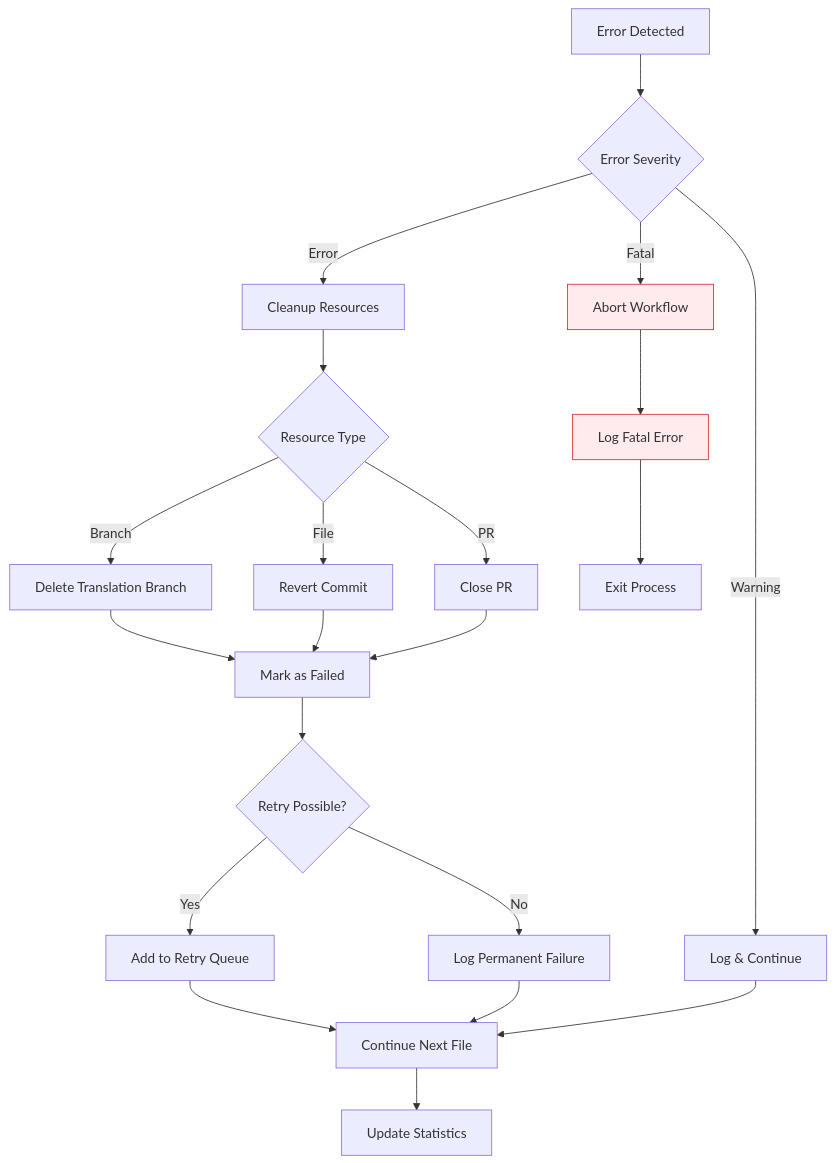
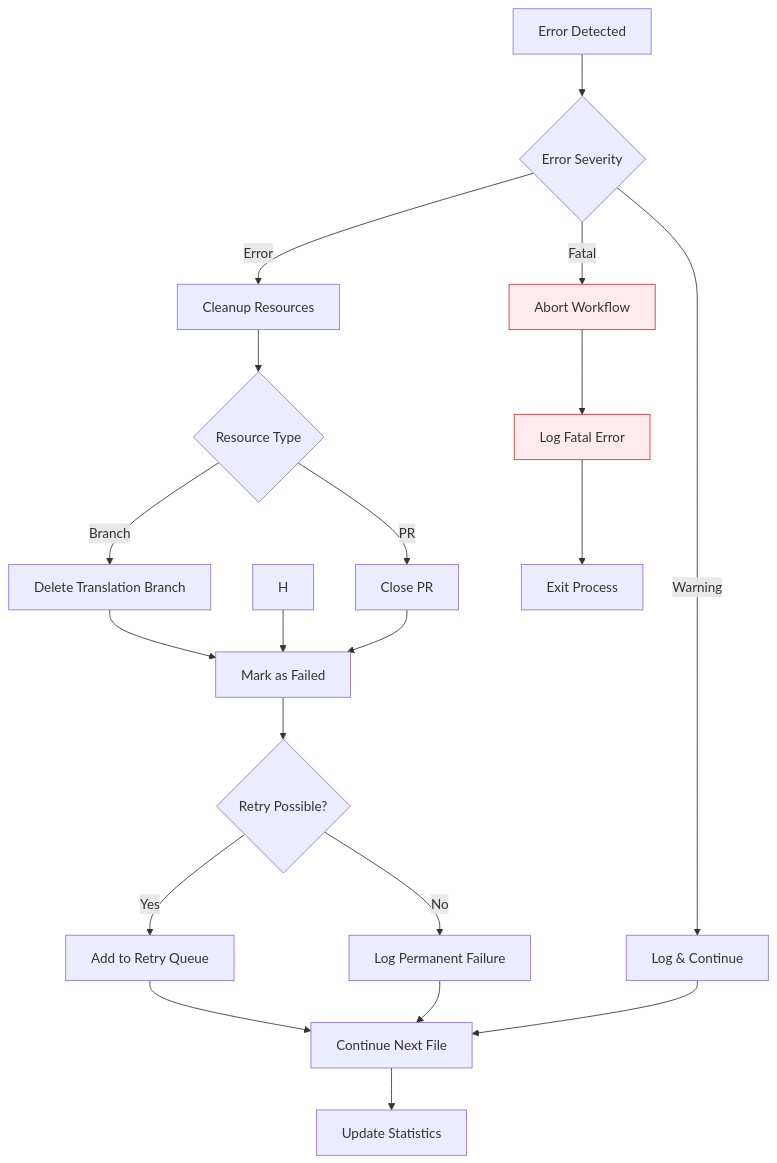
One commit to NivaldoFarias/translate-react changed diagram 11 of 11 in docs/WORKFLOW.md. Above: the diagram before and after it, drawn with Mermaid. The commit also changed other lines of this file and 28 other files, not shown here.

````diff
--- a/docs/WORKFLOW.md
+++ b/docs/WORKFLOW.md
@@ -562,33 +476,32 @@
 ```mermaid
 flowchart TD
     A[Error Detected] --> B{Error Severity}
 
     B -->|Warning| C[Log & Continue]
     B -->|Error| D[Cleanup Resources]
     B -->|Fatal| E[Abort Workflow]
 
     D --> F{Resource Type}
     F -->|Branch| G[Delete Translation Branch]
-    F -->|File| H[Revert Commit]
     F -->|PR| I[Close PR]
 
     G --> J[Mark as Failed]
     H --> J
     I --> J
 
     J --> K{Retry Possible?}
     K -->|Yes| L[Add to Retry Queue]
     K -->|No| M[Log Permanent Failure]
 
     L --> N[Continue Next File]
     M --> N
 
     E --> O[Log Fatal Error]
     O --> P[Exit Process]
 
     C --> N
     N --> Q[Update Statistics]
 
     style E fill:#ffebee,stroke:#d32f2f
     style O fill:#ffebee,stroke:#d32f2f
 ```
````
